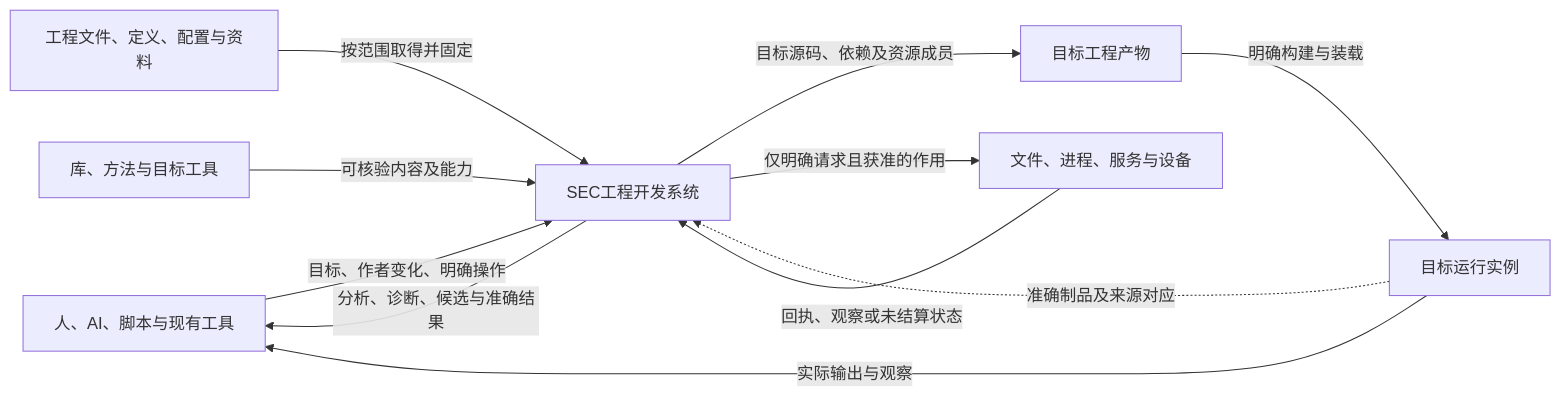
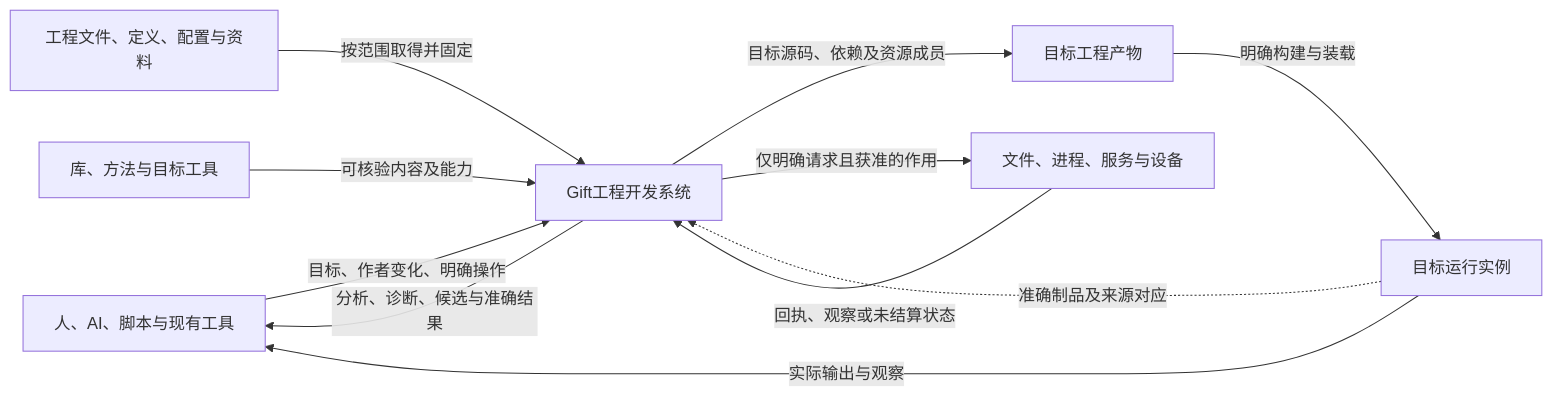
One commit to sec-platform/sec changed the first of 2 diagrams in docs/架构/总体设计.md. Above: the diagram before and after it, drawn with Mermaid. The commit also changed other lines of this file and 1462 other files, not shown here.

````diff
--- a/docs/架构/总体设计.md
+++ b/docs/架构/总体设计.md
@@ -28,13 +28,13 @@
 ```mermaid
 flowchart LR
-  Client["人、AI、脚本与现有工具"] -->|目标、作者变化、明确操作| Sec["SEC工程开发系统"]
-  Sources["工程文件、定义、配置与资料"] -->|按范围取得并固定| Sec
-  Supply["库、方法与目标工具"] -->|可核验内容及能力| Sec
-  Sec -->|分析、诊断、候选与准确结果| Client
-  Sec -->|目标源码、依赖及资源成员| Product["目标工程产物"]
-  Sec -->|仅明确请求且获准的作用| Host["文件、进程、服务与设备"]
-  Host -->|回执、观察或未结算状态| Sec
+  Client["人、AI、脚本与现有工具"] -->|目标、作者变化、明确操作| Gift["Gift工程开发系统"]
+  Sources["工程文件、定义、配置与资料"] -->|按范围取得并固定| Gift
+  Supply["库、方法与目标工具"] -->|可核验内容及能力| Gift
+  Gift -->|分析、诊断、候选与准确结果| Client
+  Gift -->|目标源码、依赖及资源成员| Product["目标工程产物"]
+  Gift -->|仅明确请求且获准的作用| Host["文件、进程、服务与设备"]
+  Host -->|回执、观察或未结算状态| Gift
   Product -->|明确构建与装载| Target["目标运行实例"]
   Target -->|实际输出与观察| Client
-  Target -. "准确制品及来源对应" .-> Sec
+  Target -. "准确制品及来源对应" .-> Gift
 ```
````
